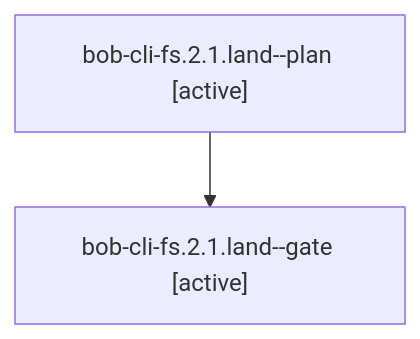
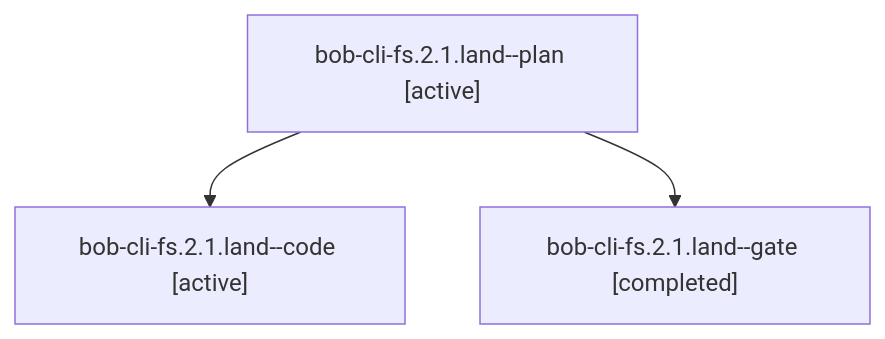
The diagram in sessions/bbugyi200.athena.bob-cli-fs.2.1.land.md (bobs-org/bob-cli--agents), drawn with Mermaid before and after one commit. The commit also changed other lines of this file and 54 other files, not shown here.

````diff
--- a/sessions/bbugyi200.athena.bob-cli-fs.2.1.land.md
+++ b/sessions/bbugyi200.athena.bob-cli-fs.2.1.land.md
@@ -9,6 +9,8 @@
 ```mermaid
 flowchart TD
   n0["bob-cli-fs.2.1.land--plan [active]"]
-  n1["bob-cli-fs.2.1.land--gate [active]"]
+  n1["bob-cli-fs.2.1.land--code [active]"]
   n0 --> n1
+  n2["bob-cli-fs.2.1.land--gate [completed]"]
+  n0 --> n2
 ```
````
